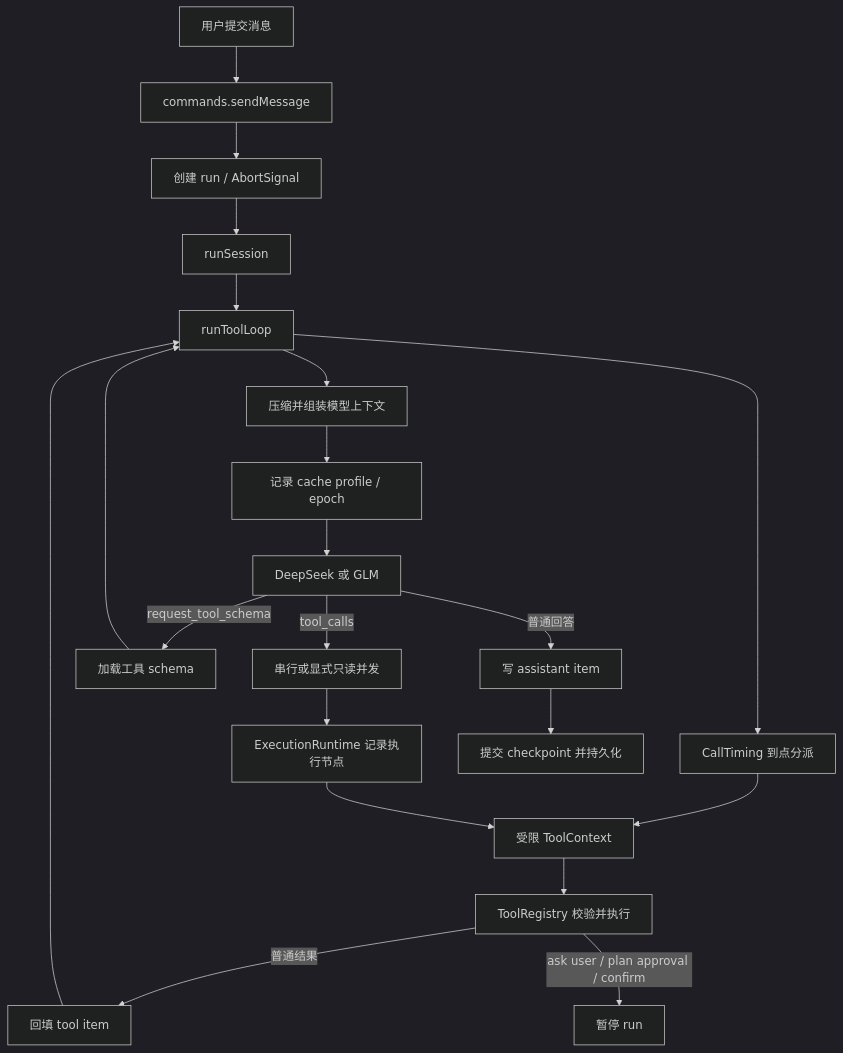
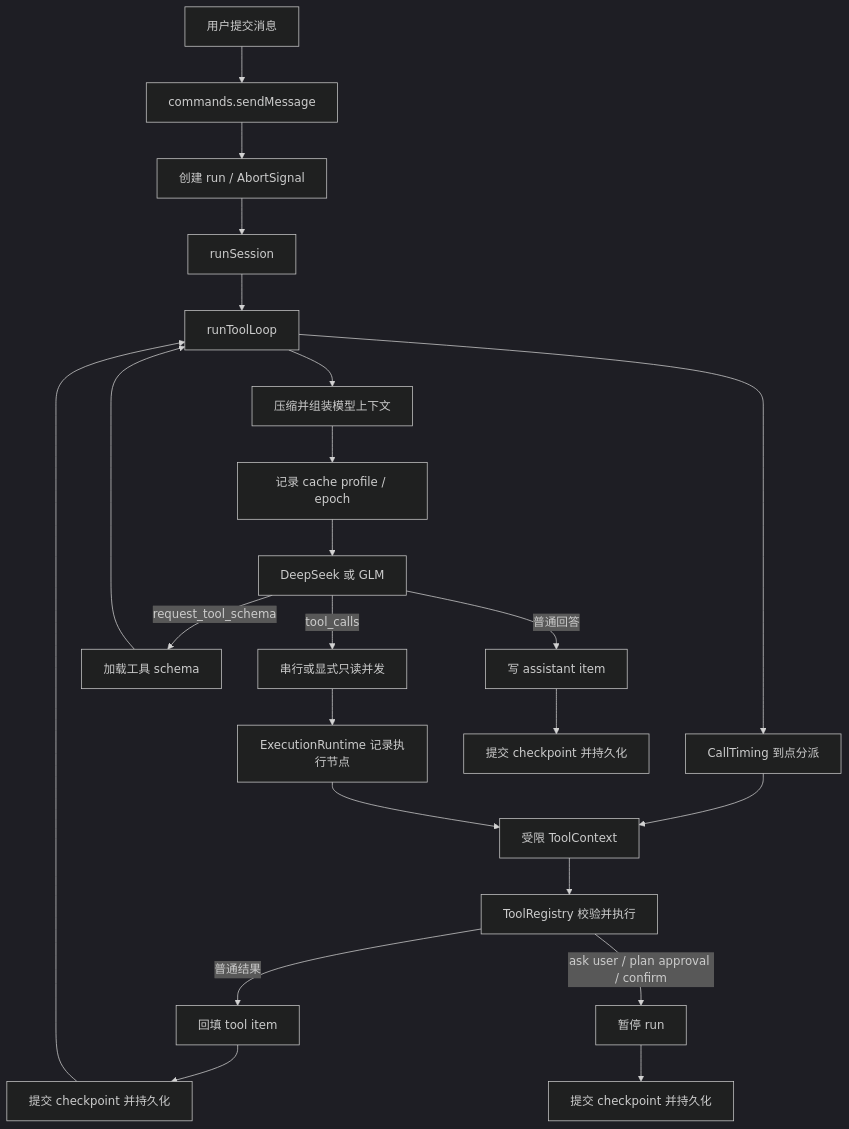
The second of 2 diagrams in docs/core-runtime-flow.md (allroad88888888/einfach-agent), drawn with Mermaid (dark theme) before and after one commit. The commit also changed other lines of this file and 8 other files, not shown here.

````diff
--- a/docs/core-runtime-flow.md
+++ b/docs/core-runtime-flow.md
@@ -31,23 +31,25 @@
 ```mermaid
 flowchart TD
   U[用户提交消息] --> CMD[commands.sendMessage]
   CMD --> BEGIN[创建 run / AbortSignal]
   BEGIN --> RUN[runSession]
   RUN --> LOOP[runToolLoop]
   LOOP --> TIMED[CallTiming 到点分派]
   TIMED --> TCTX
   LOOP --> CTX[压缩并组装模型上下文]
   CTX --> CACHE[记录 cache profile / epoch]
   CACHE --> MODEL[DeepSeek 或 GLM]
   MODEL -->|普通回答| DONE[写 assistant item]
   MODEL -->|request_tool_schema| LOAD[加载工具 schema]
   LOAD --> LOOP
   MODEL -->|tool_calls| SCHEDULE[串行或显式只读并发]
   SCHEDULE --> EXEC[ExecutionRuntime 记录执行节点]
   EXEC --> TCTX[受限 ToolContext]
   TCTX --> REG[ToolRegistry 校验并执行]
   REG -->|普通结果| BACKFILL[回填 tool item]
-  BACKFILL --> LOOP
+  BACKFILL --> CKPT_TOOL[提交 checkpoint 并持久化]
+  CKPT_TOOL --> LOOP
   REG -->|ask user / plan approval / confirm| WAIT[暂停 run]
-  DONE --> CHECKPOINT[提交 checkpoint 并持久化]
+  WAIT --> CKPT_WAIT[提交 checkpoint 并持久化]
+  DONE --> CKPT_DONE[提交 checkpoint 并持久化]
 ```
````
